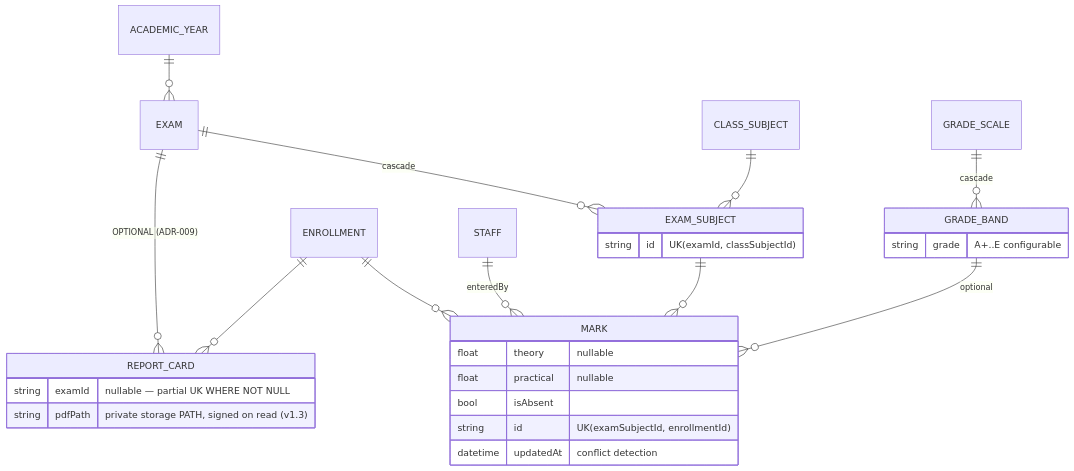
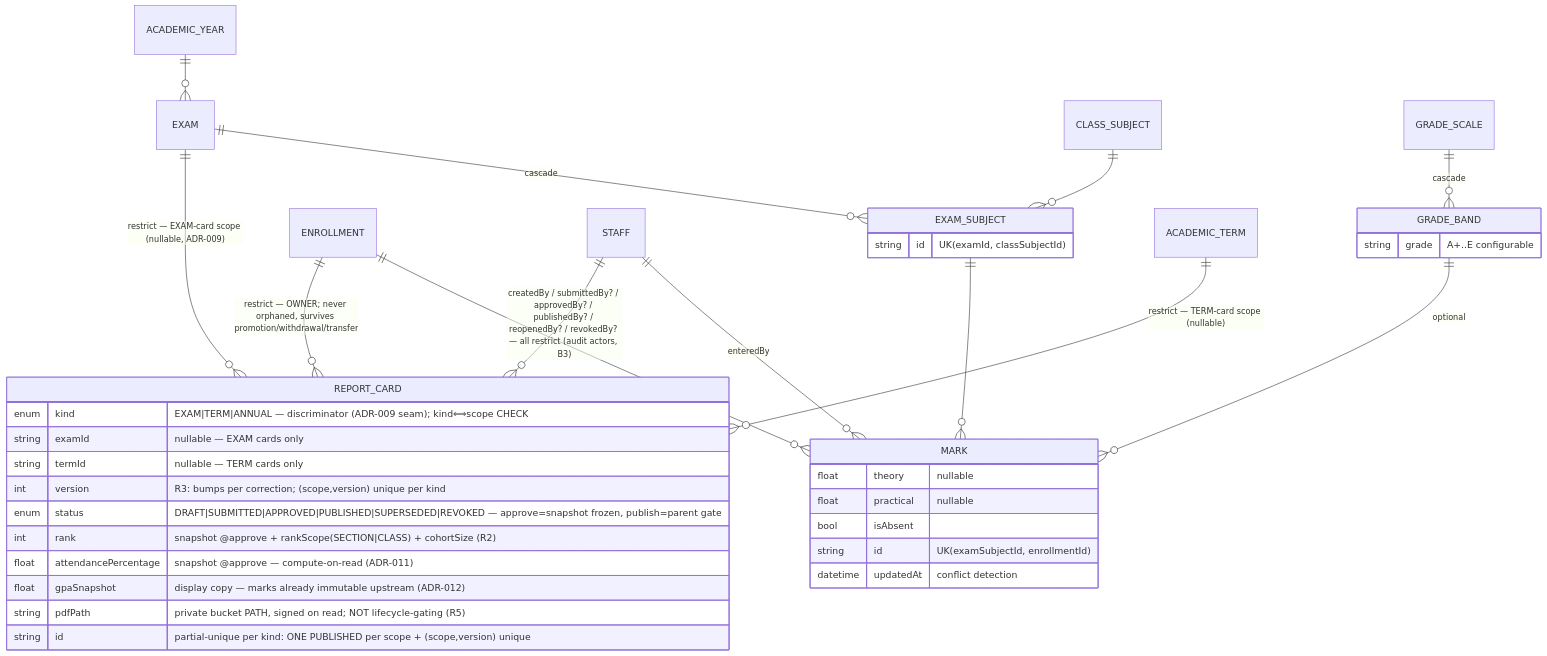
The fourth of 7 diagrams in docs/DB_RELATIONSHIP_DIAGRAM.md (sarangs1621/MobileApp), drawn with Mermaid before and after one commit. The commit also changed other lines of this file and 37 other files, not shown here.

First line of the commit message:
feat(m7): Report Cards & Academic Results (ADR-014)

````diff
--- a/docs/DB_RELATIONSHIP_DIAGRAM.md
+++ b/docs/DB_RELATIONSHIP_DIAGRAM.md
@@ -100,27 +108,37 @@
 ```mermaid
 erDiagram
     ACADEMIC_YEAR ||--o{ EXAM : ""
     EXAM ||--o{ EXAM_SUBJECT : "cascade"
     CLASS_SUBJECT ||--o{ EXAM_SUBJECT : ""
     EXAM_SUBJECT ||--o{ MARK : ""
     ENROLLMENT ||--o{ MARK : ""
     STAFF ||--o{ MARK : "enteredBy"
     GRADE_SCALE ||--o{ GRADE_BAND : "cascade"
     GRADE_BAND ||--o{ MARK : "optional"
-    ENROLLMENT ||--o{ REPORT_CARD : ""
-    EXAM ||--o{ REPORT_CARD : "OPTIONAL (ADR-009)"
+    ENROLLMENT ||--o{ REPORT_CARD : "restrict — OWNER; never orphaned, survives promotion/withdrawal/transfer"
+    EXAM ||--o{ REPORT_CARD : "restrict — EXAM-card scope (nullable, ADR-009)"
+    ACADEMIC_TERM ||--o{ REPORT_CARD : "restrict — TERM-card scope (nullable)"
+    STAFF ||--o{ REPORT_CARD : "createdBy / submittedBy? / approvedBy? / publishedBy? / reopenedBy? / revokedBy? — all restrict (audit actors, B3)"
 
     EXAM_SUBJECT { string id "UK(examId, classSubjectId)" }
     MARK {
         float theory "nullable"
         float practical "nullable"
         bool isAbsent ""
         string id "UK(examSubjectId, enrollmentId)"
         datetime updatedAt "conflict detection"
     }
     GRADE_BAND { string grade "A+..E configurable" }
     REPORT_CARD {
-        string examId "nullable — partial UK WHERE NOT NULL"
-        string pdfPath "private storage PATH, signed on read (v1.3)"
+        enum kind "EXAM|TERM|ANNUAL — discriminator (ADR-009 seam); kind⟺scope CHECK"
+        string examId "nullable — EXAM cards only"
+        string termId "nullable — TERM cards only"
+        int version "R3: bumps per correction; (scope,version) unique per kind"
+        enum status "DRAFT|SUBMITTED|APPROVED|PUBLISHED|SUPERSEDED|REVOKED — approve=snapshot frozen, publish=parent gate"
+        int rank "snapshot @approve + rankScope(SECTION|CLASS) + cohortSize (R2)"
+        float attendancePercentage "snapshot @approve — compute-on-read (ADR-011)"
+        float gpaSnapshot "display copy — marks already immutable upstream (ADR-012)"
+        string pdfPath "private bucket PATH, signed on read; NOT lifecycle-gating (R5)"
+        string id "partial-unique per kind: ONE PUBLISHED per scope + (scope,version) unique"
     }
 ```
````
